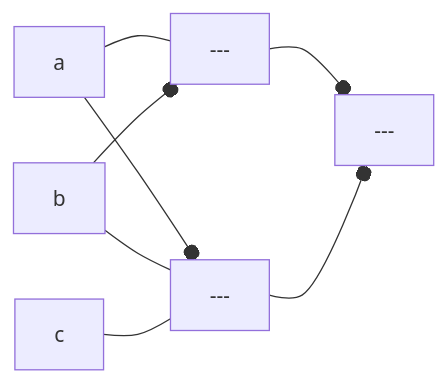
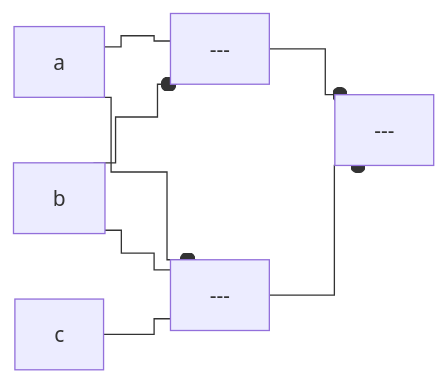
The diagram in CSDS 281 - Logic Design/HW/4.md (tnichols217/notes), drawn with Mermaid before and after one commit.

Commit message:
vault backup: 2024-02-22 23:03:14

````diff
--- a/CSDS 281 - Logic Design/HW/4.md
+++ b/CSDS 281 - Logic Design/HW/4.md
@@ -83,9 +83,9 @@
 ```mermaid
-%%{ init: { 'flowchart': { 'curve': 'catmullRom' } } }%%
+%%{ init: { 'flowchart': { 'curve': 'step' } } }%%
 flowchart LR
 a --- nor1[---]
 b --o nor1
 a --o nor2[---]
 b & c --- nor2
 nor1 & nor2 --o nor3[---]
 ```
````
